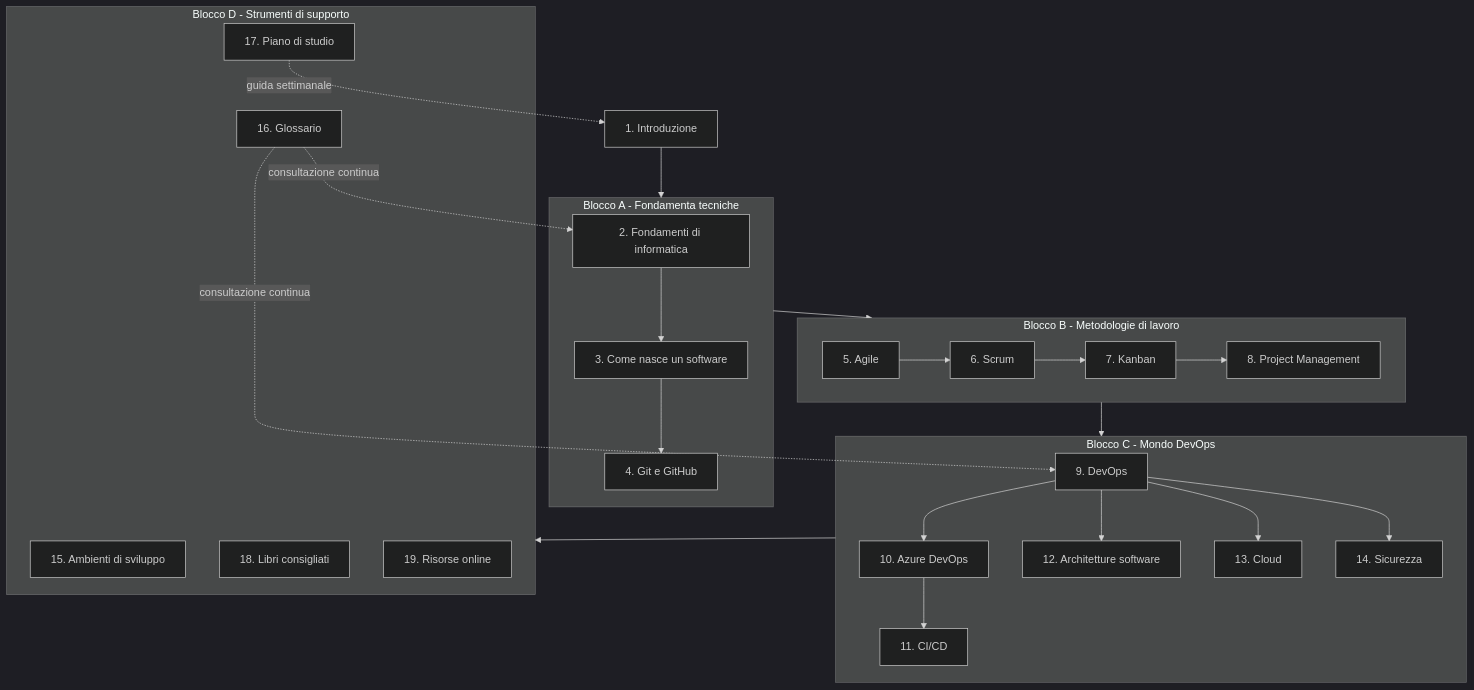
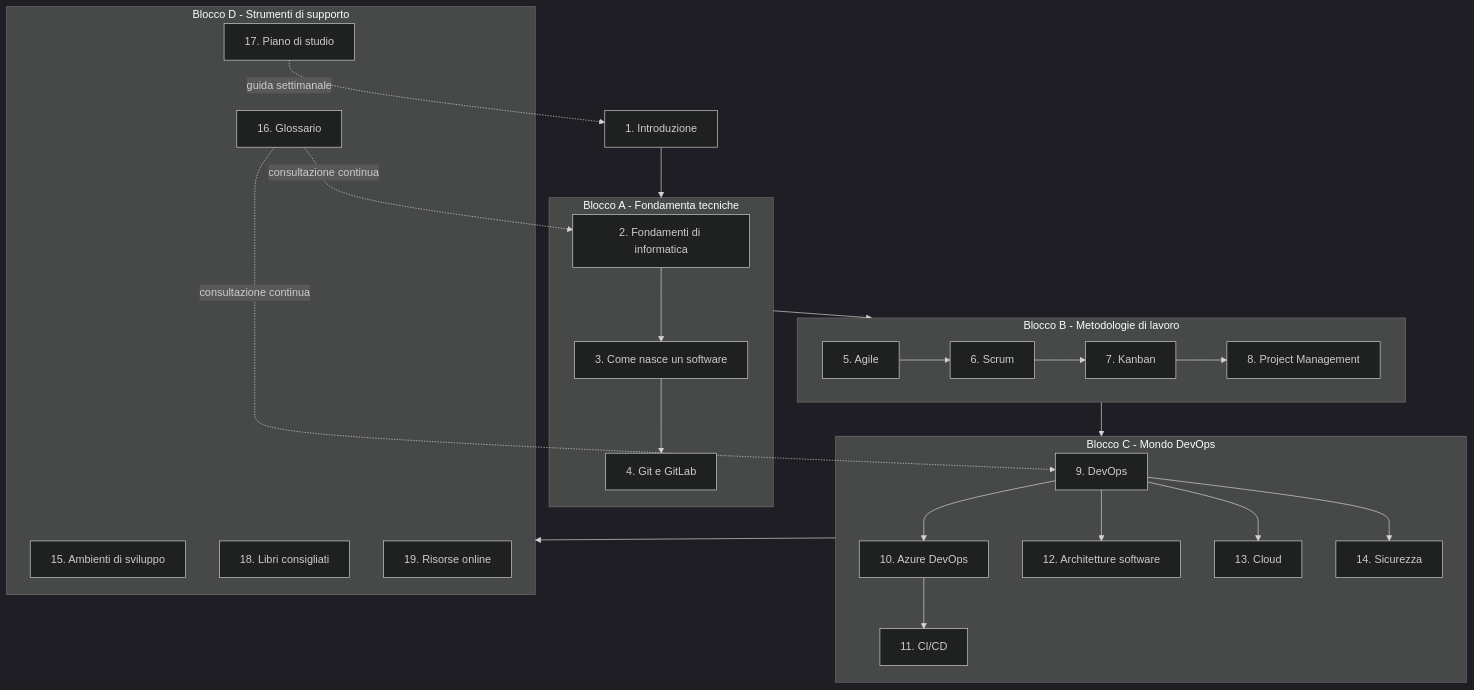
One commit to darioschioppi/corso-onboarding-devops changed the second of 2 diagrams in docs/01-introduzione/README.md. Above: the diagram before and after it, drawn with Mermaid (dark theme). The commit also changed other lines of this file and 20 other files, not shown here.

First line of the commit message:
Sostituisce GitHub con GitLab nel corso e aggiunge sezione tool CI/CD

````diff
--- a/docs/01-introduzione/README.md
+++ b/docs/01-introduzione/README.md
@@ -105,37 +105,37 @@
 ```mermaid
 flowchart TD
     S1["1. Introduzione"] --> BLOCCO1
 
     subgraph BLOCCO1["Blocco A - Fondamenta tecniche"]
-        S2["2. Fondamenti di informatica"] --> S3["3. Come nasce un software"] --> S4["4. Git e GitHub"]
+        S2["2. Fondamenti di informatica"] --> S3["3. Come nasce un software"] --> S4["4. Git e GitLab"]
     end
 
     BLOCCO1 --> BLOCCO2
 
     subgraph BLOCCO2["Blocco B - Metodologie di lavoro"]
         S5["5. Agile"] --> S6["6. Scrum"] --> S7["7. Kanban"] --> S8["8. Project Management"]
     end
 
     BLOCCO2 --> BLOCCO3
 
     subgraph BLOCCO3["Blocco C - Mondo DevOps"]
         S9["9. DevOps"] --> S10["10. Azure DevOps"] --> S11["11. CI/CD"]
         S9 --> S12["12. Architetture software"]
         S9 --> S13["13. Cloud"]
         S9 --> S14["14. Sicurezza"]
     end
 
     BLOCCO3 --> BLOCCO4
 
     subgraph BLOCCO4["Blocco D - Strumenti di supporto"]
         S15["15. Ambienti di sviluppo"]
         S16["16. Glossario"]
         S17["17. Piano di studio"]
         S18["18. Libri consigliati"]
         S19["19. Risorse online"]
     end
 
     S16 -.consultazione continua.-> S2
     S16 -.consultazione continua.-> S9
     S17 -.guida settimanale.-> S1
 ```
````
